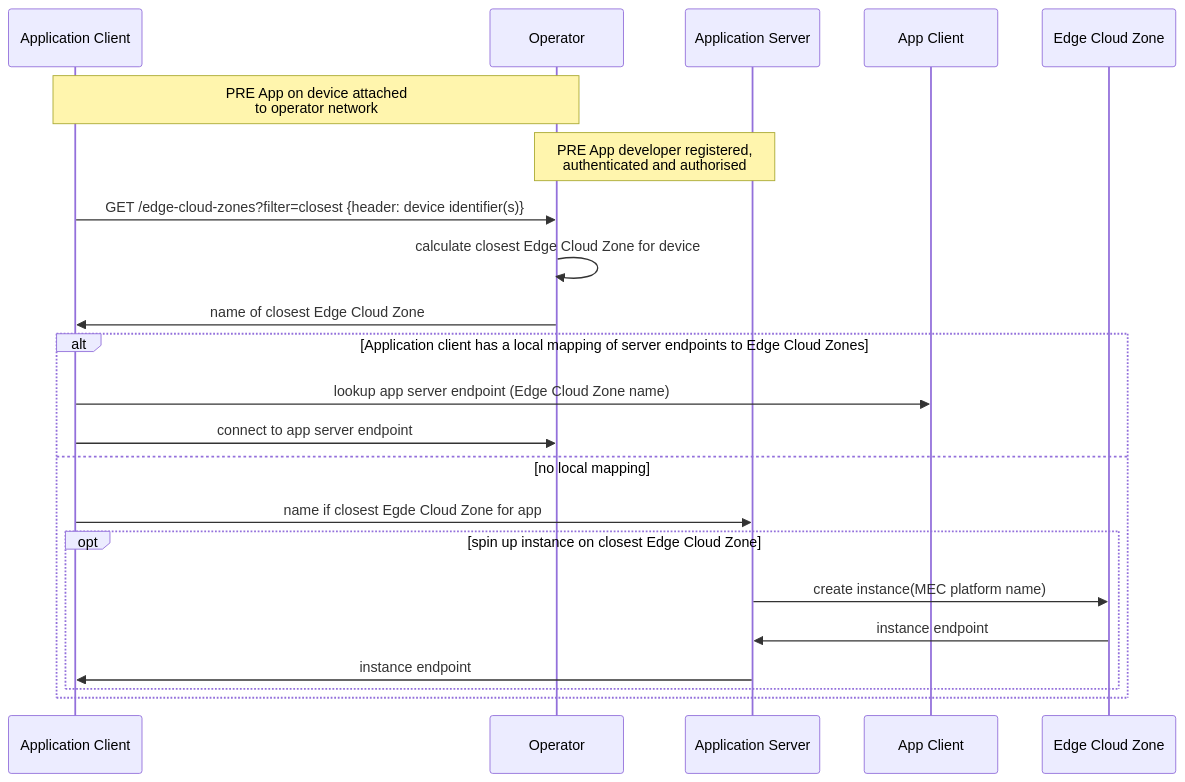
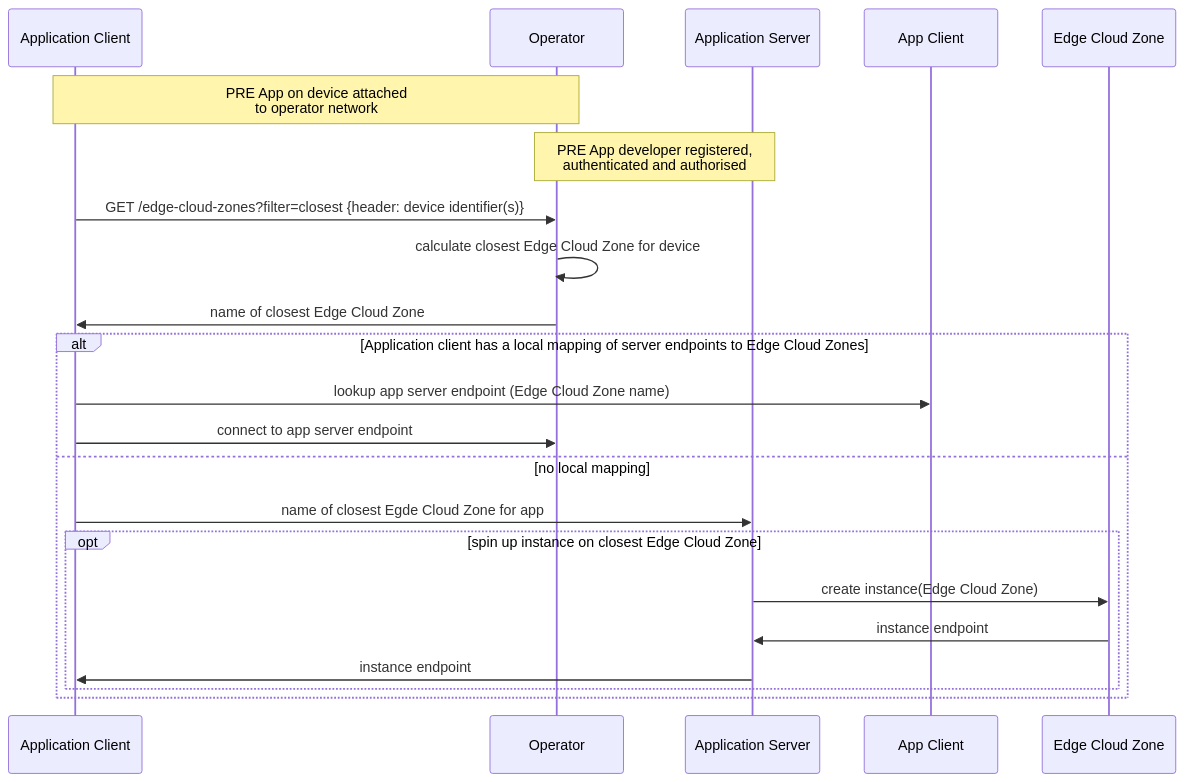
Before and after one commit to camaraproject/SimpleEdgeDiscovery: the first of 2 diagrams in documentation/API_documentation/SimpleEdgeDiscovery_User_Story.md, drawn with Mermaid. The commit also changed other lines of this file, not shown here.

First line of the commit message:
Update SimpleEdgeDiscovery_User_Story.md

````diff
--- a/documentation/API_documentation/SimpleEdgeDiscovery_User_Story.md
+++ b/documentation/API_documentation/SimpleEdgeDiscovery_User_Story.md
@@ -26,19 +26,19 @@
 ```mermaid
 sequenceDiagram
     Note over Application Client,Operator: PRE App on device attached <br/> to operator network
     Note over Application Server,Operator: PRE App developer registered, <br/> authenticated and authorised
     Application Client->>Operator: GET /edge-cloud-zones?filter=closest {header: device identifier(s)}
     Operator->>Operator: calculate closest Edge Cloud Zone for device
     Operator->>Application Client: name of closest Edge Cloud Zone
    alt Application client has a local mapping of server endpoints to Edge Cloud Zones
     Application Client->>App Client: lookup app server endpoint (Edge Cloud Zone name)
     Application Client->>Operator: connect to app server endpoint
    else no local mapping
-    Application Client->>Application Server: name if closest Egde Cloud Zone for app
+    Application Client->>Application Server: name of closest Egde Cloud Zone for app
     opt spin up instance on closest Edge Cloud Zone
-     Application Server->>Edge Cloud Zone: create instance(MEC platform name)
+     Application Server->>Edge Cloud Zone: create instance(Edge Cloud Zone)
      Edge Cloud Zone->>Application Server: instance endpoint
      Application Server->>Application Client: instance endpoint
     end
    end
 ```
````
